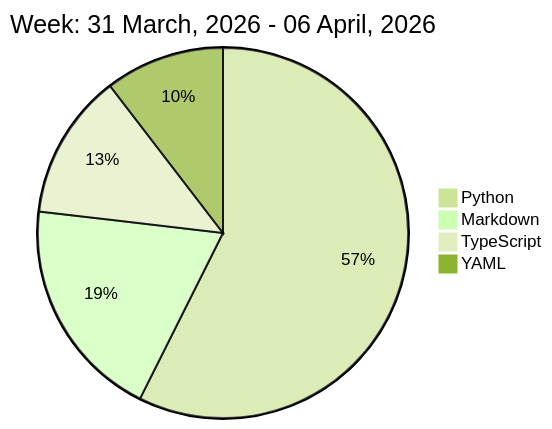
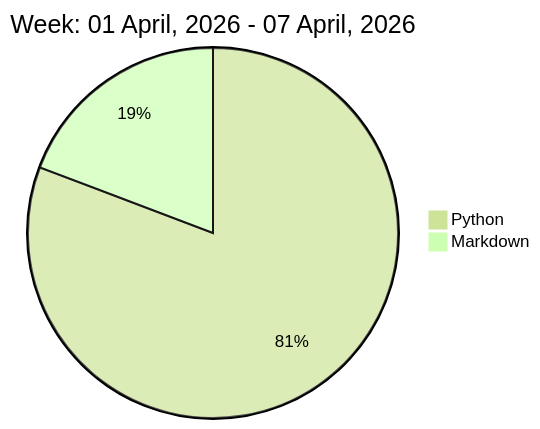
The diagram in README.md (liubin95/liubin95), drawn with Mermaid (forest theme) before and after one commit.

Commit message:
Updated the Graph with new Metrics

````diff
--- a/README.md
+++ b/README.md
@@ -32,8 +32,6 @@
 ```mermaid
  pie
-title Week: 31 March, 2026 - 06 April, 2026
- "Python" : 8.7
- "Markdown" : 2.95
- "TypeScript" : 1.93
- "YAML" : 1.58
+title Week: 01 April, 2026 - 07 April, 2026
+ "Python" : 11.63
+ "Markdown" : 2.77
 ```
````
